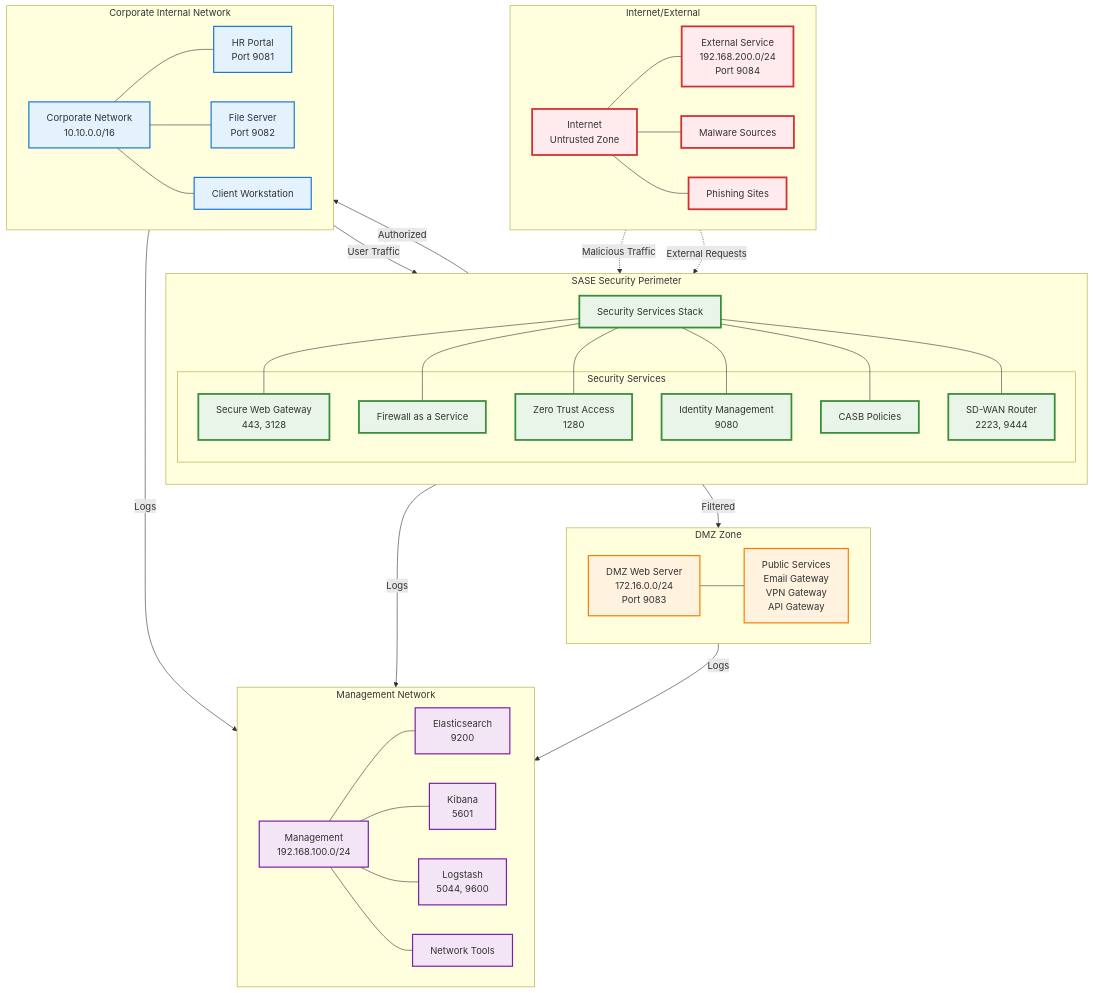
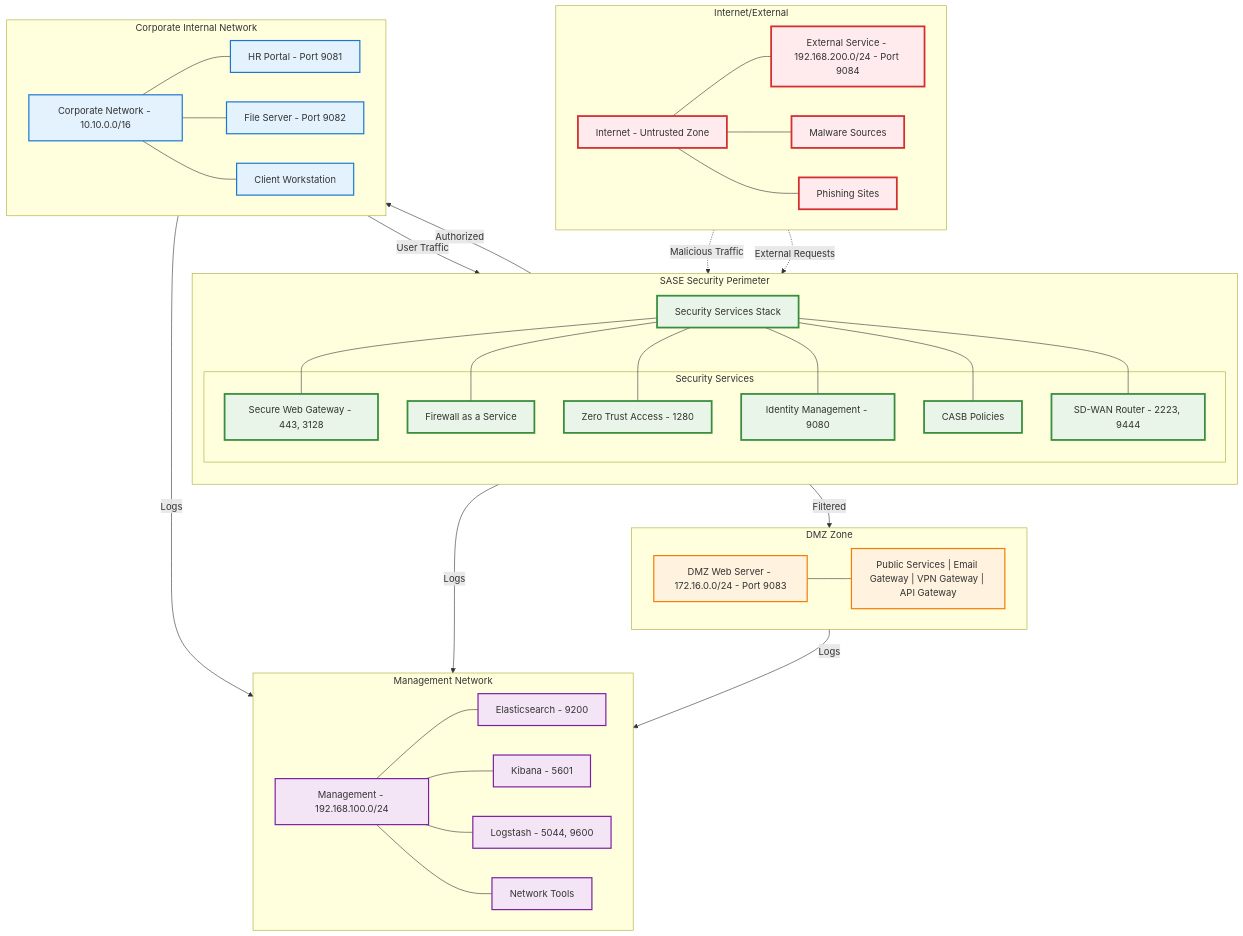
The third of 7 diagrams in ARCHITECTURE.md (tom-jordan23/ztlab), drawn with Mermaid before and after one commit. The commit also changed other lines of this file, not shown here.

Commit message:
diagram fixes

```diff
--- a/ARCHITECTURE.md
+++ b/ARCHITECTURE.md
@@ -155,8 +155,8 @@
 graph TB
     subgraph "Internet/External"
         direction LR
-        INTERNET[Internet<br/>Untrusted Zone]
-        EXTERNAL_SVC[External Service<br/>192.168.200.0/24<br/>Port 9084]
+        INTERNET["Internet - Untrusted Zone"]
+        EXTERNAL_SVC["External Service - 192.168.200.0/24 - Port 9084"]
         MALWARE[Malware Sources]
         PHISHING[Phishing Sites]
         
@@ -167,8 +167,8 @@
 
     subgraph "DMZ Zone"
         direction LR
-        DMZ_WEB[DMZ Web Server<br/>172.16.0.0/24<br/>Port 9083]
-        DMZ_SERVICES[Public Services<br/>Email Gateway<br/>VPN Gateway<br/>API Gateway]
+        DMZ_WEB["DMZ Web Server - 172.16.0.0/24 - Port 9083"]
+        DMZ_SERVICES["Public Services | Email Gateway | VPN Gateway | API Gateway"]
         
         DMZ_WEB --- DMZ_SERVICES
     end
@@ -178,12 +178,12 @@
         SECURITY_STACK[Security Services Stack]
         
         subgraph "Security Services"
-            SWG_MAIN[Secure Web Gateway<br/>443, 3128]
+            SWG_MAIN["Secure Web Gateway - 443, 3128"]
             FIREWALL[Firewall as a Service]
-            ZTNA_MAIN[Zero Trust Access<br/>1280]
-            IAM_MAIN[Identity Management<br/>9080]
+            ZTNA_MAIN["Zero Trust Access - 1280"]
+            IAM_MAIN["Identity Management - 9080"]
             CASB_MAIN[CASB Policies]
-            SDWAN_MAIN[SD-WAN Router<br/>2223, 9444]
+            SDWAN_MAIN["SD-WAN Router - 2223, 9444"]
         end
         
         SECURITY_STACK --- SWG_MAIN
@@ -196,9 +196,9 @@
 
     subgraph "Corporate Internal Network"
         direction LR
-        CORP_NET[Corporate Network<br/>10.10.0.0/16]
-        HR_APP[HR Portal<br/>Port 9081]
-        FILE_SRV[File Server<br/>Port 9082]
+        CORP_NET["Corporate Network - 10.10.0.0/16"]
+        HR_APP["HR Portal - Port 9081"]
+        FILE_SRV["File Server - Port 9082"]
         WORKSTATION[Client Workstation]
         
         CORP_NET --- HR_APP
@@ -208,10 +208,10 @@
 
     subgraph "Management Network"
         direction LR
-        MGMT_NET[Management<br/>192.168.100.0/24]
-        ELASTIC[Elasticsearch<br/>9200]
-        KIBANA_DASH[Kibana<br/>5601]
-        LOGSTASH_SVC[Logstash<br/>5044, 9600]
+        MGMT_NET["Management - 192.168.100.0/24"]
+        ELASTIC["Elasticsearch - 9200"]
+        KIBANA_DASH["Kibana - 5601"]
+        LOGSTASH_SVC["Logstash - 5044, 9600"]
         NET_TOOLS[Network Tools]
         
         MGMT_NET --- ELASTIC
```
